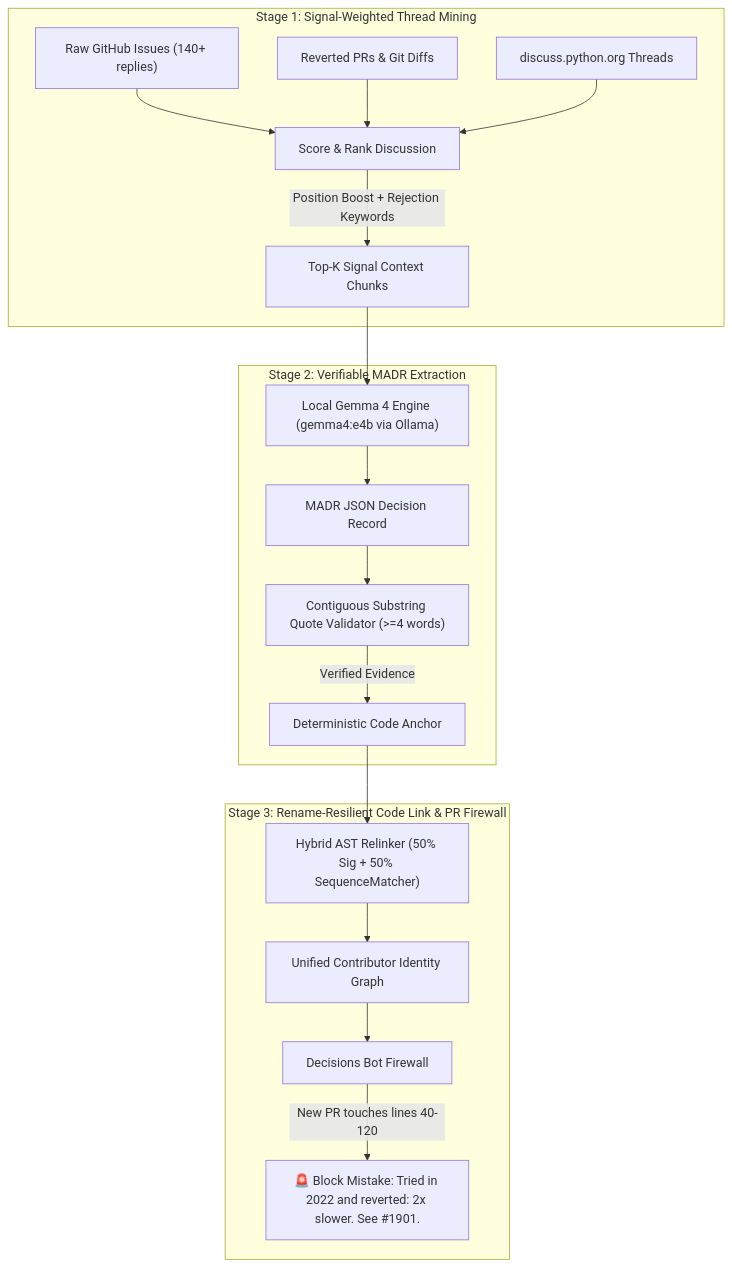
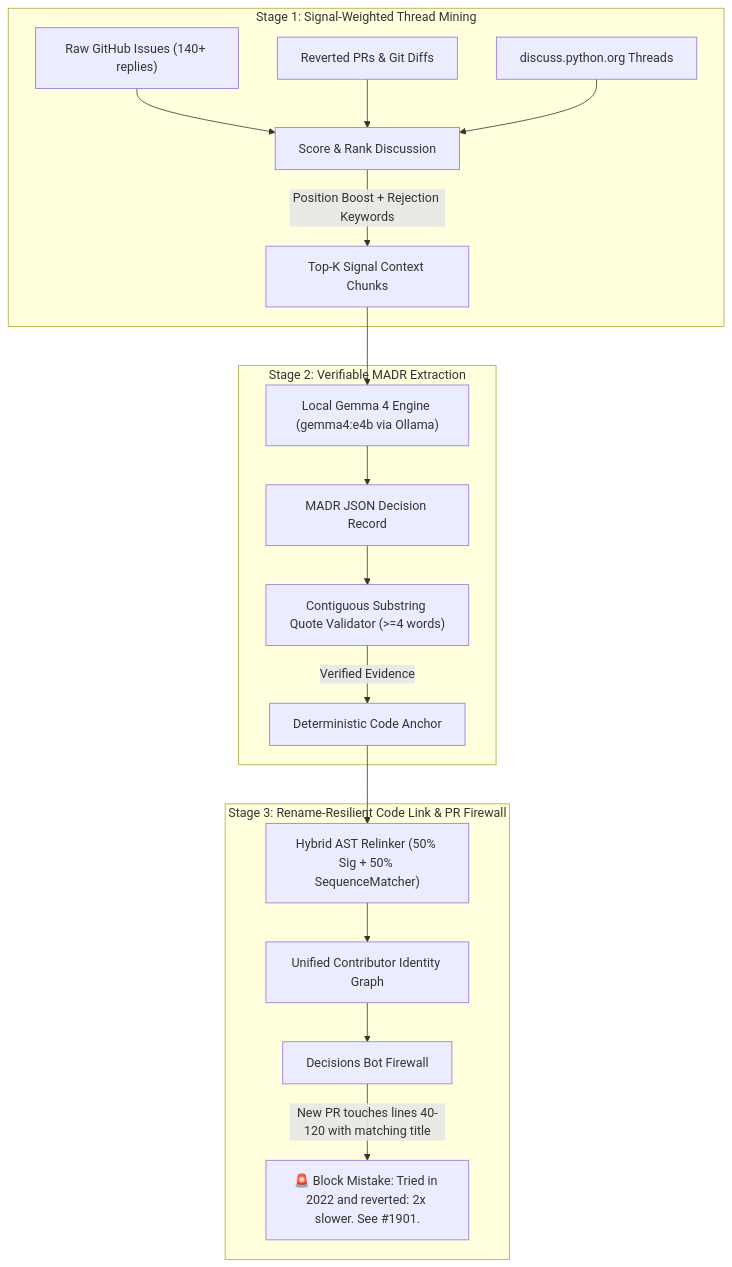
The diagram in README.md (sudhanshukhetan/aethergit), drawn with Mermaid before and after one commit. The commit also changed other lines of this file and 7 other files, not shown here.

````diff
--- a/README.md
+++ b/README.md
@@ -44,23 +45,23 @@
 ```mermaid
 flowchart TD
     subgraph S1["Stage 1: Signal-Weighted Thread Mining"]
         A["Raw GitHub Issues (140+ replies)"] --> D["Score & Rank Discussion"]
         B["Reverted PRs & Git Diffs"] --> D
         C["discuss.python.org Threads"] --> D
         D -->|"Position Boost + Rejection Keywords"| E["Top-K Signal Context Chunks"]
     end
 
     subgraph S2["Stage 2: Verifiable MADR Extraction"]
         E --> F["Local Gemma 4 Engine (gemma4:e4b via Ollama)"]
         F --> G["MADR JSON Decision Record"]
         G --> H["Contiguous Substring Quote Validator (>=4 words)"]
         H -->|"Verified Evidence"| I["Deterministic Code Anchor"]
     end
 
     subgraph S3["Stage 3: Rename-Resilient Code Link & PR Firewall"]
         I --> J["Hybrid AST Relinker (50% Sig + 50% SequenceMatcher)"]
         J --> K["Unified Contributor Identity Graph"]
         K --> L["Decisions Bot Firewall"]
-        L -->|"New PR touches lines 40-120"| M["🚨 Block Mistake: Tried in 2022 and reverted: 2x slower. See #1901."]
+        L -->|"New PR touches lines 40-120 with matching title"| M["🚨 Block Mistake: Tried in 2022 and reverted: 2x slower. See #1901."]
     end
 ```
````
